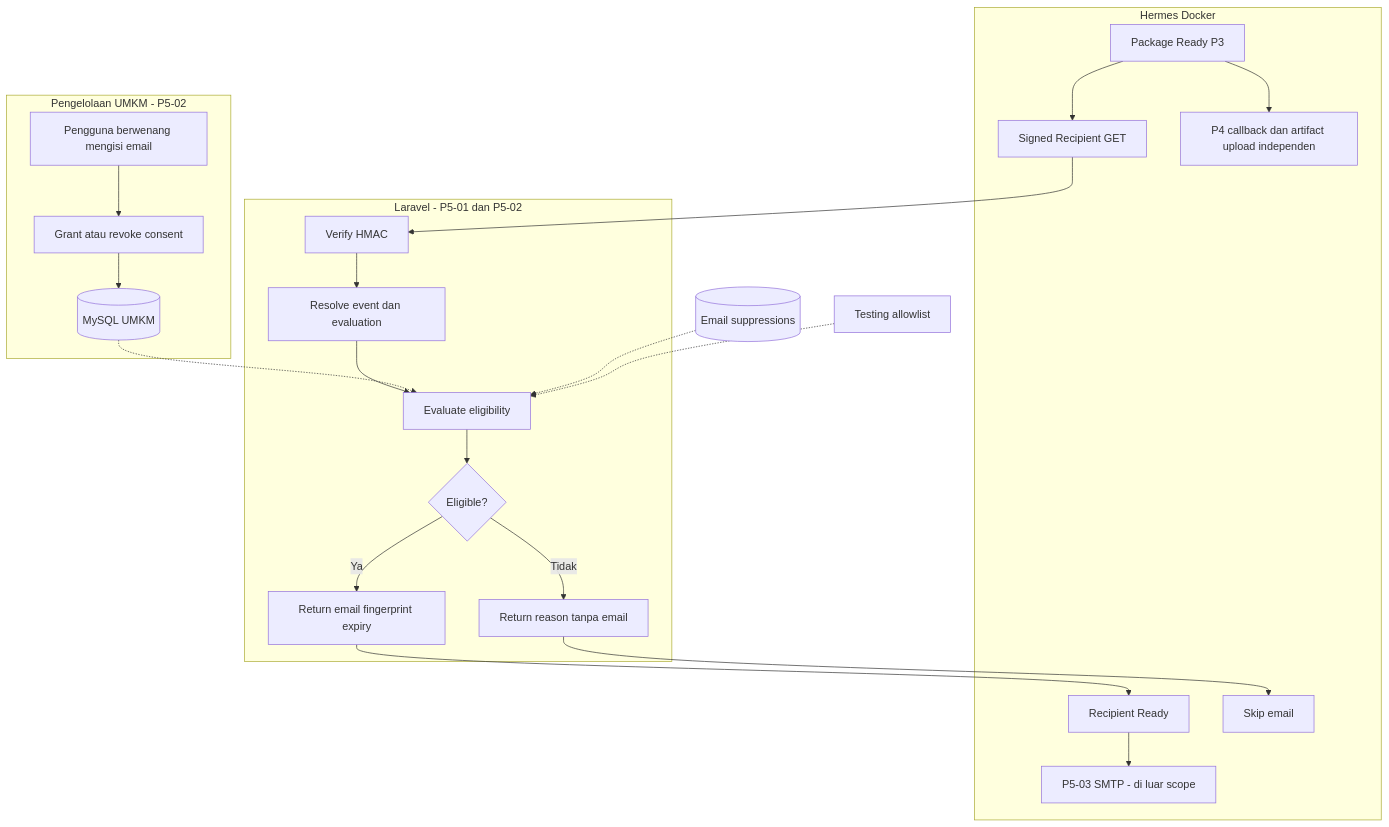
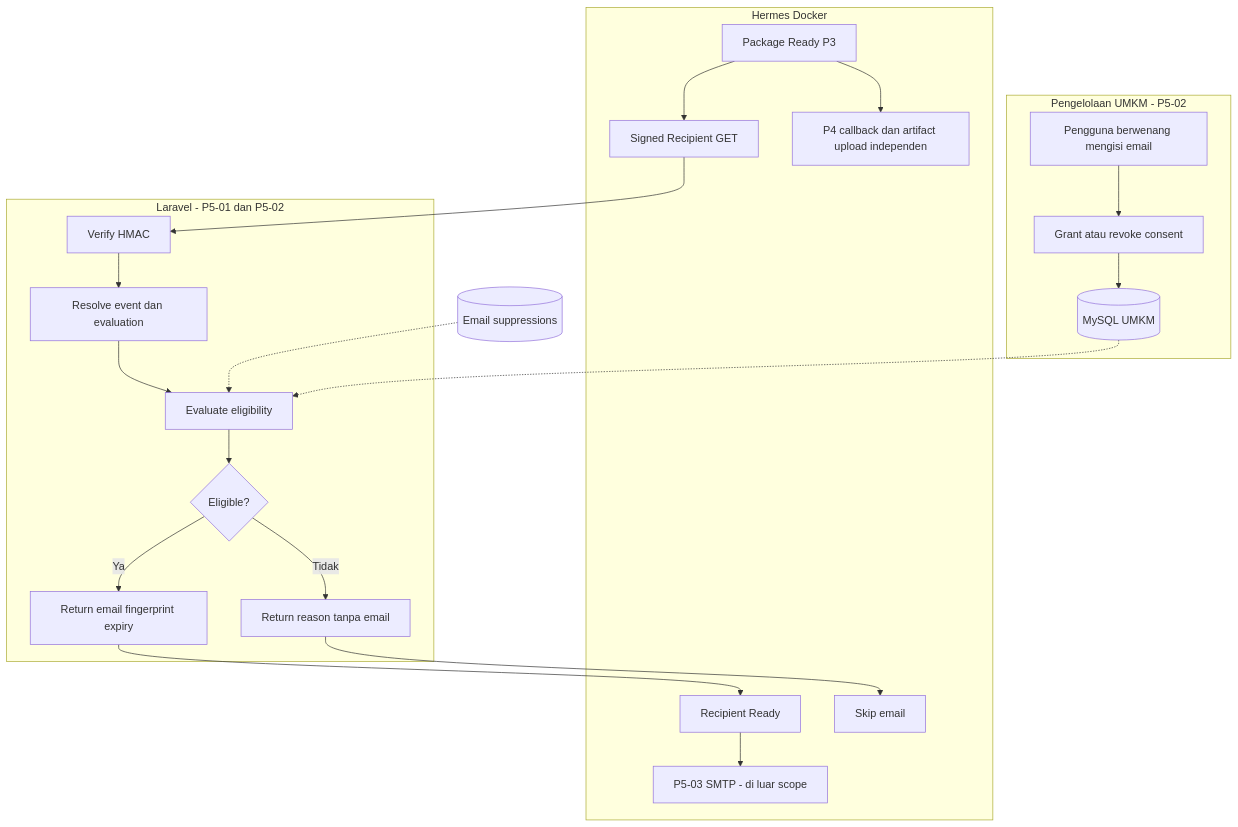
One commit to joytimess/dip-joyumkm changed the first of 6 diagrams in docs/prd/PRD_JoyUMKM_P5-01_P5-02_Recipient_Consent.md. Above: the diagram before and after it, drawn with Mermaid. The commit also changed other lines of this file and 24 other files, not shown here.

````diff
--- a/docs/prd/PRD_JoyUMKM_P5-01_P5-02_Recipient_Consent.md
+++ b/docs/prd/PRD_JoyUMKM_P5-01_P5-02_Recipient_Consent.md
@@ -71,26 +71,25 @@
 ```mermaid
 flowchart TD
     subgraph U[Pengelolaan UMKM - P5-02]
         U1[Pengguna berwenang mengisi email] --> U2[Grant atau revoke consent]
         U2 --> DB[(MySQL UMKM)]
     end
     subgraph H[Hermes Docker]
         H1[Package Ready P3] --> H2[Signed Recipient GET]
         H1 --> P4[P4 callback dan artifact upload independen]
         H3[Recipient Ready] --> FUT[P5-03 SMTP - di luar scope]
         H4[Skip email]
     end
     subgraph L[Laravel - P5-01 dan P5-02]
         L1[Verify HMAC] --> L2[Resolve event dan evaluation]
         L2 --> L3[Evaluate eligibility]
         L3 --> D{Eligible?}
         D -->|Ya| L4[Return email fingerprint expiry]
         D -->|Tidak| L5[Return reason tanpa email]
     end
     H2 --> L1
     DB -.-> L3
     S[(Email suppressions)] -.-> L3
-    A[Testing allowlist] -.-> L3
     L4 --> H3
     L5 --> H4
 ```
````
